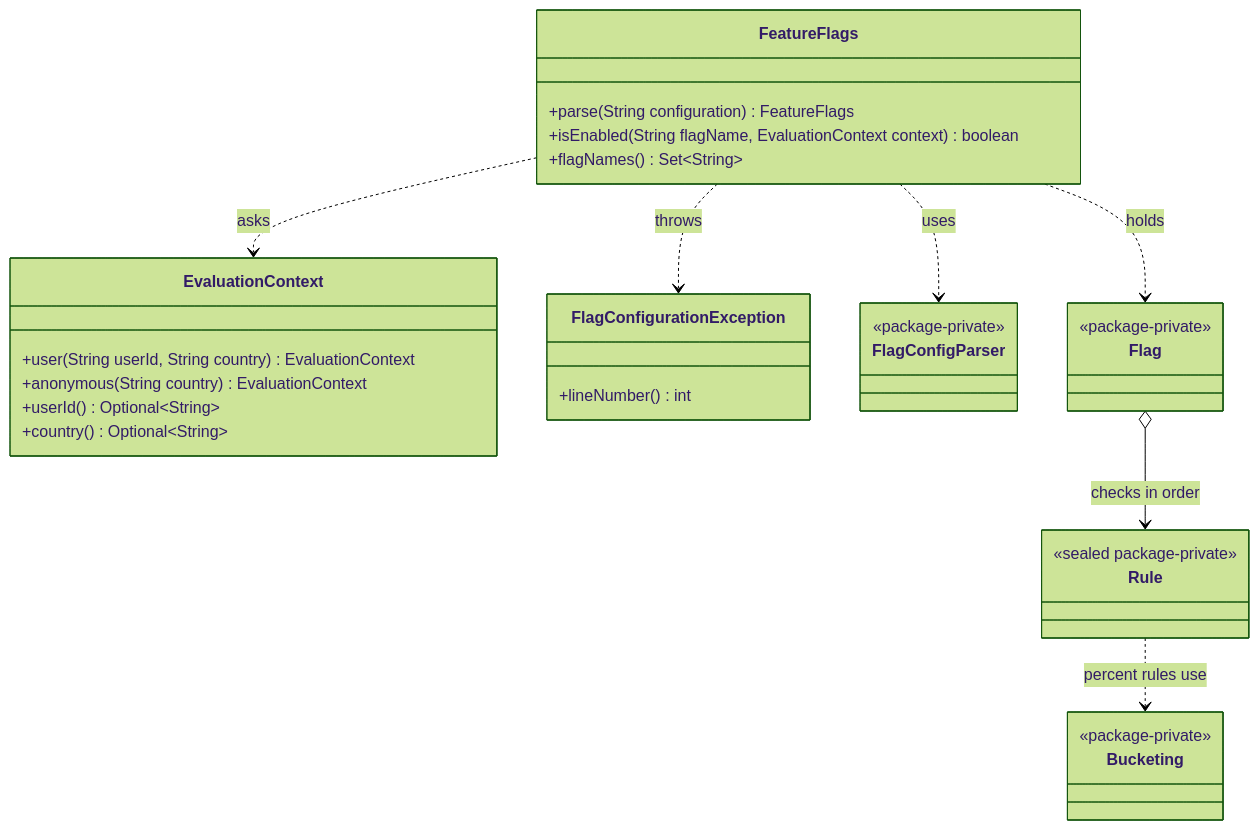
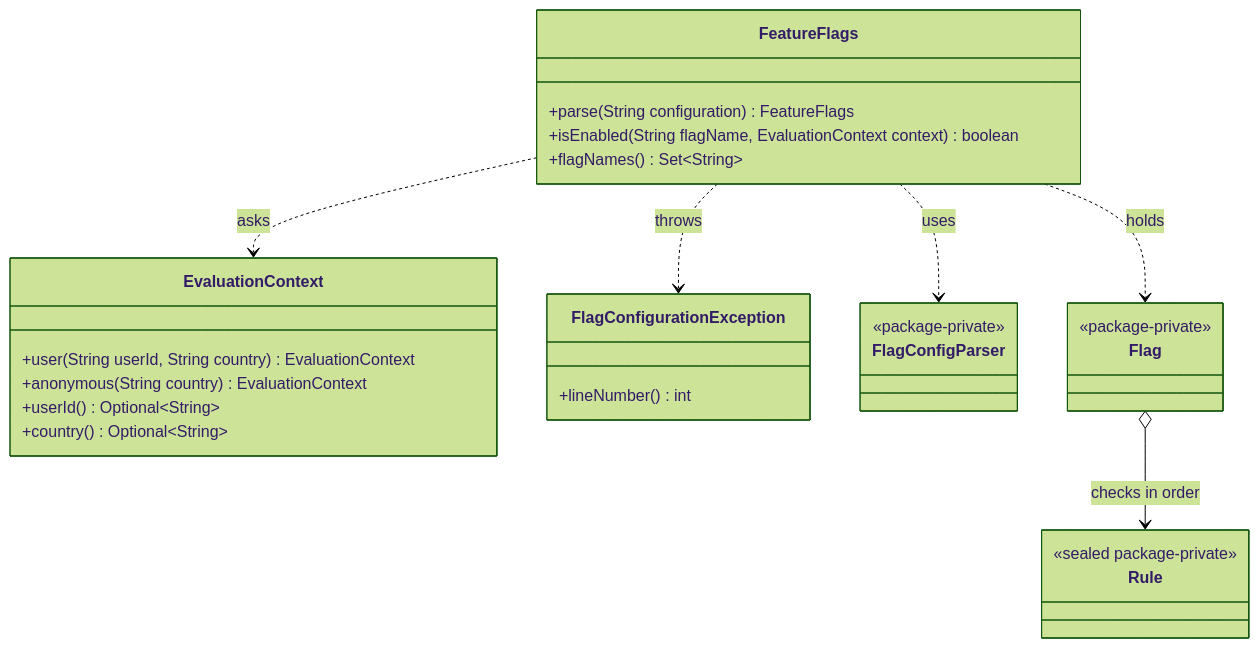
Before and after one commit to Chris013/java-practice: the third of 4 diagrams in tasks/14-feature-flags-deep-module.md, drawn with Mermaid (forest theme). The commit also changed other lines of this file and 10 other files, not shown here.

````diff
--- a/tasks/14-feature-flags-deep-module.md
+++ b/tasks/14-feature-flags-deep-module.md
@@ -83,35 +85,31 @@
 ```mermaid
 classDiagram
     class FeatureFlags {
         +parse(String configuration) FeatureFlags
         +isEnabled(String flagName, EvaluationContext context) boolean
         +flagNames() Set~String~
     }
     class EvaluationContext {
         +user(String userId, String country) EvaluationContext
         +anonymous(String country) EvaluationContext
         +userId() Optional~String~
         +country() Optional~String~
     }
     class FlagConfigurationException {
         +lineNumber() int
     }
     class FlagConfigParser {
         <<package-private>>
     }
     class Flag {
         <<package-private>>
     }
     class Rule {
         <<sealed package-private>>
     }
-    class Bucketing {
-        <<package-private>>
-    }
     FeatureFlags ..> EvaluationContext : asks
     FeatureFlags ..> FlagConfigurationException : throws
     FeatureFlags ..> FlagConfigParser : uses
     FeatureFlags ..> Flag : holds
     Flag o--> Rule : checks in order
-    Rule ..> Bucketing : percent rules use
 ```
````
